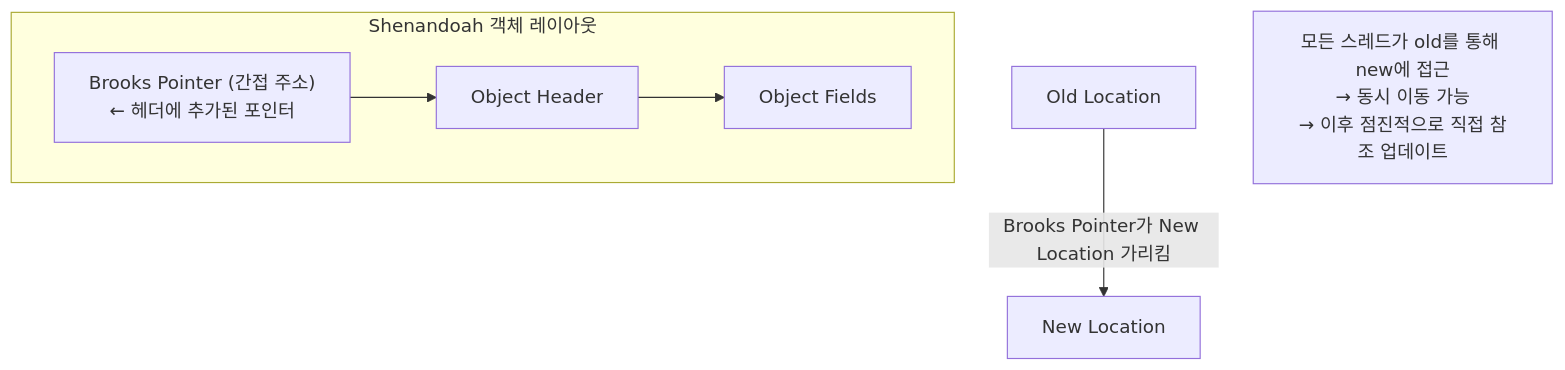
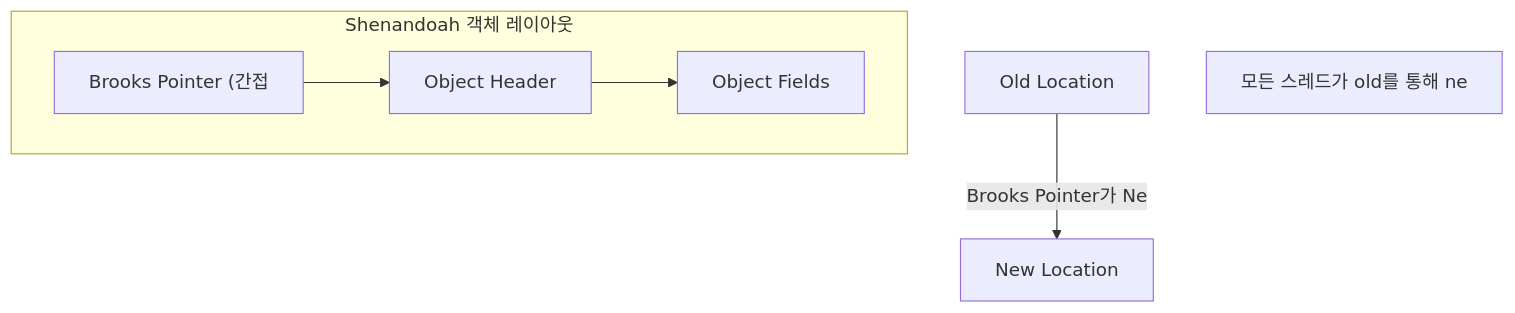
Diagram 19 of 29 in _posts/java/2026-05-01-java-garbage-collector.md (yjkim2015/yjkim2015.github.io), drawn with Mermaid before and after one commit. The commit also changed other lines of this file and 271 other files, not shown here.

First line of the commit message:
Mermaid 라벨 축소: 긴 노드 텍스트 18자 이하로 트림 + \n 제거

````diff
--- a/_posts/java/2026-05-01-java-garbage-collector.md
+++ b/_posts/java/2026-05-01-java-garbage-collector.md
@@ -434,11 +434,11 @@
 ```mermaid
 graph TD
     subgraph "Shenandoah 객체 레이아웃"
-        BP["Brooks Pointer (간접 주소)\n← 헤더에 추가된 포인터"]
+        BP["Brooks Pointer (간접"]
         OH["Object Header"]
         OF["Object Fields"]
         BP --> OH --> OF
     end
-    OLD["Old Location"] -->|"Brooks Pointer가 New Location 가리킴"| NEW["New Location"]
-    NOTE["모든 스레드가 old를 통해 new에 접근\n→ 동시 이동 가능\n→ 이후 점진적으로 직접 참조 업데이트"]
+    OLD["Old Location"] -->|"Brooks Pointer가 Ne"| NEW["New Location"]
+    NOTE["모든 스레드가 old를 통해 ne"]
 ```
````
